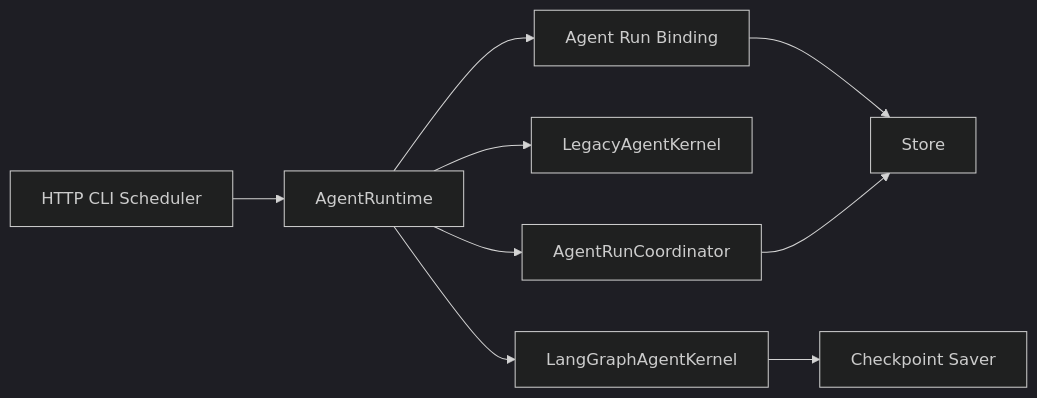
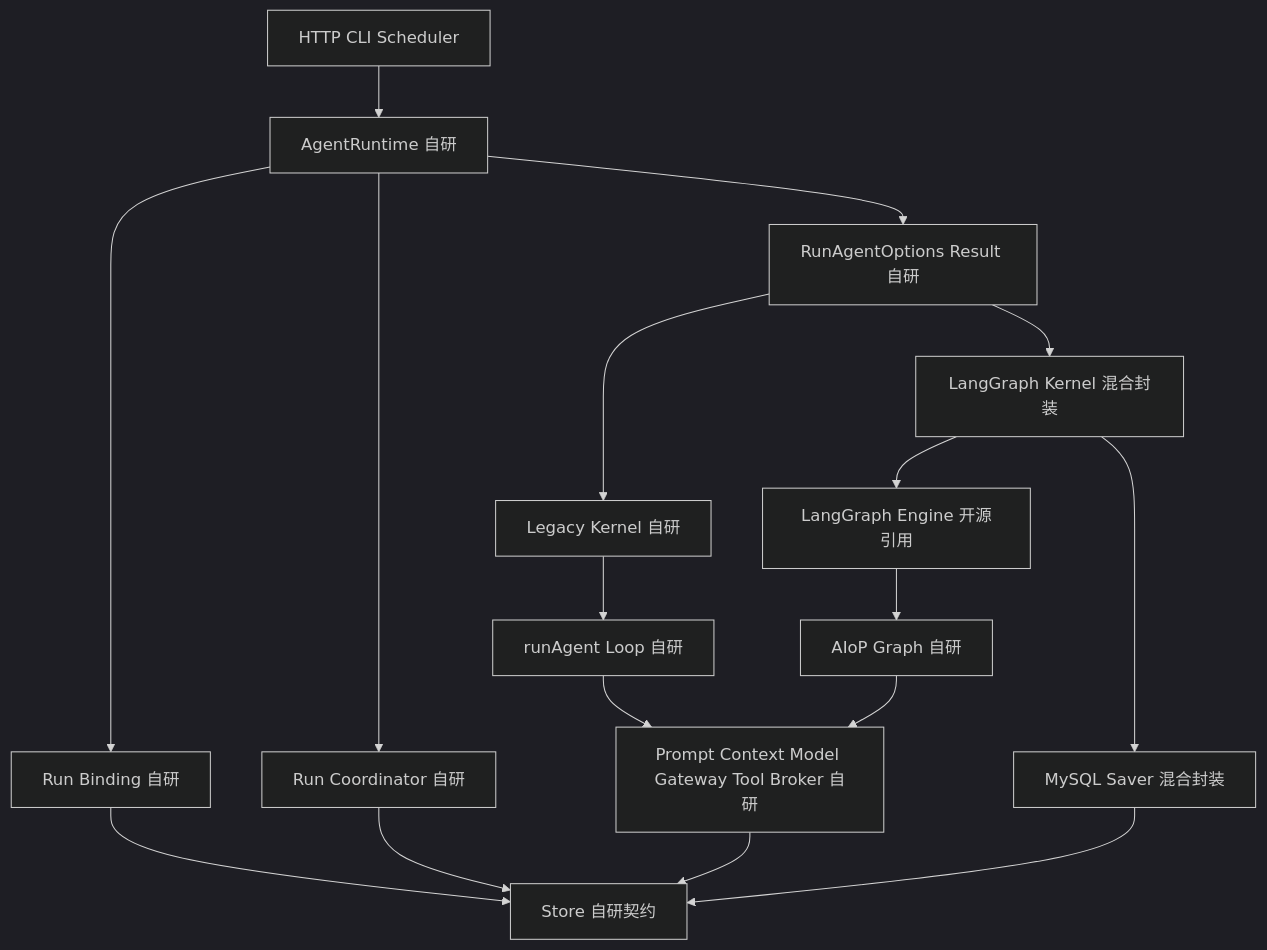
The first of 4 diagrams in docs/design/02-agent-runtime.md (Wpxknight/agentdemo), drawn with Mermaid (dark theme) before and after one commit. The commit also changed other lines of this file and 5 other files, not shown here.

First line of the commit message:
docs: clarify agent runtime ownership boundaries

```diff
--- a/docs/design/02-agent-runtime.md
+++ b/docs/design/02-agent-runtime.md
@@ -7,20 +51,33 @@
 ~~~mermaid
-flowchart LR
+flowchart TB
   Caller[HTTP CLI Scheduler]
-  AR[AgentRuntime]
-  Bind[Agent Run Binding]
-  Legacy[LegacyAgentKernel]
-  LG[LangGraphAgentKernel]
-  Coord[AgentRunCoordinator]
-  CP[Checkpoint Saver]
-  Store[Store]
+  Runtime[AgentRuntime 自研]
+  Binding[Run Binding 自研]
+  Coordinator[Run Coordinator 自研]
+  Contract[RunAgentOptions Result 自研]
+  Legacy[Legacy Kernel 自研]
+  Loop[runAgent Loop 自研]
+  LGKernel[LangGraph Kernel 混合封装]
+  LGEngine[LangGraph Engine 开源引用]
+  Graph[AIoP Graph 自研]
+  Services[Prompt Context Model Gateway Tool Broker 自研]
+  Store[Store 自研契约]
+  Checkpoint[MySQL Saver 混合封装]
 
-  Caller --> AR
-  AR --> Bind
-  Bind --> Store
-  AR --> Legacy
-  AR --> LG
-  AR --> Coord
-  LG --> CP
-  Coord --> Store
+  Caller --> Runtime
+  Runtime --> Binding
+  Runtime --> Coordinator
+  Runtime --> Contract
+  Contract --> Legacy
+  Contract --> LGKernel
+  Legacy --> Loop
+  Loop --> Services
+  LGKernel --> LGEngine
+  LGEngine --> Graph
+  Graph --> Services
+  LGKernel --> Checkpoint
+  Binding --> Store
+  Coordinator --> Store
+  Services --> Store
+  Checkpoint --> Store
 ~~~
```
